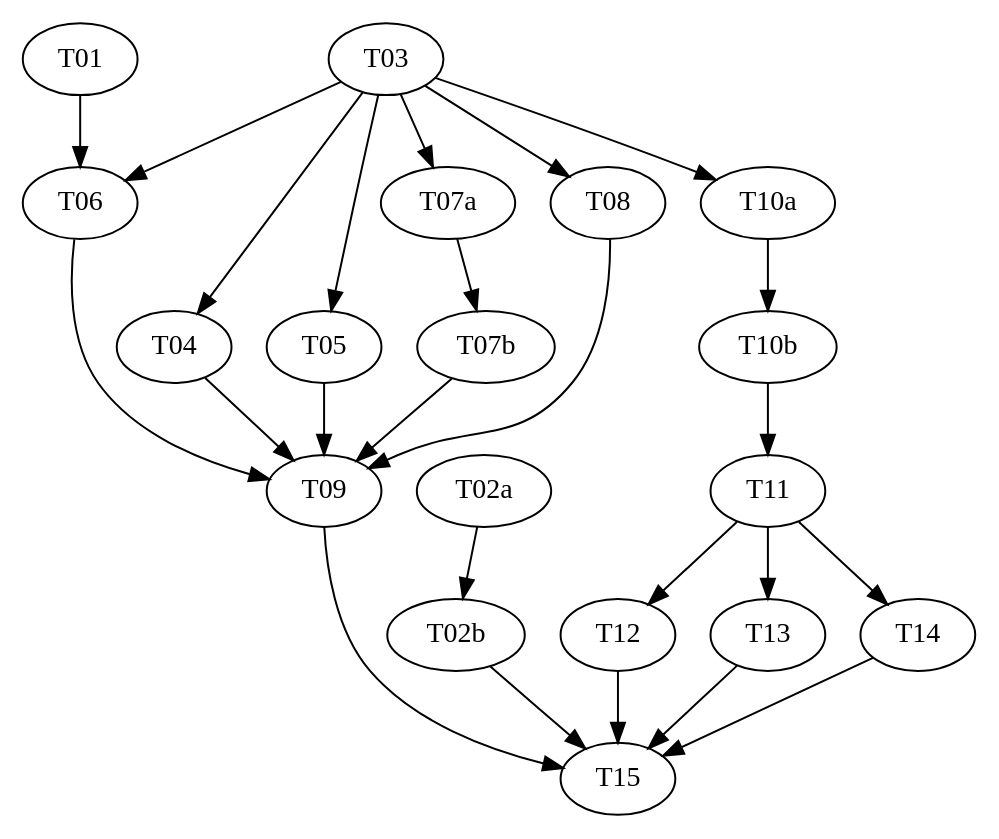
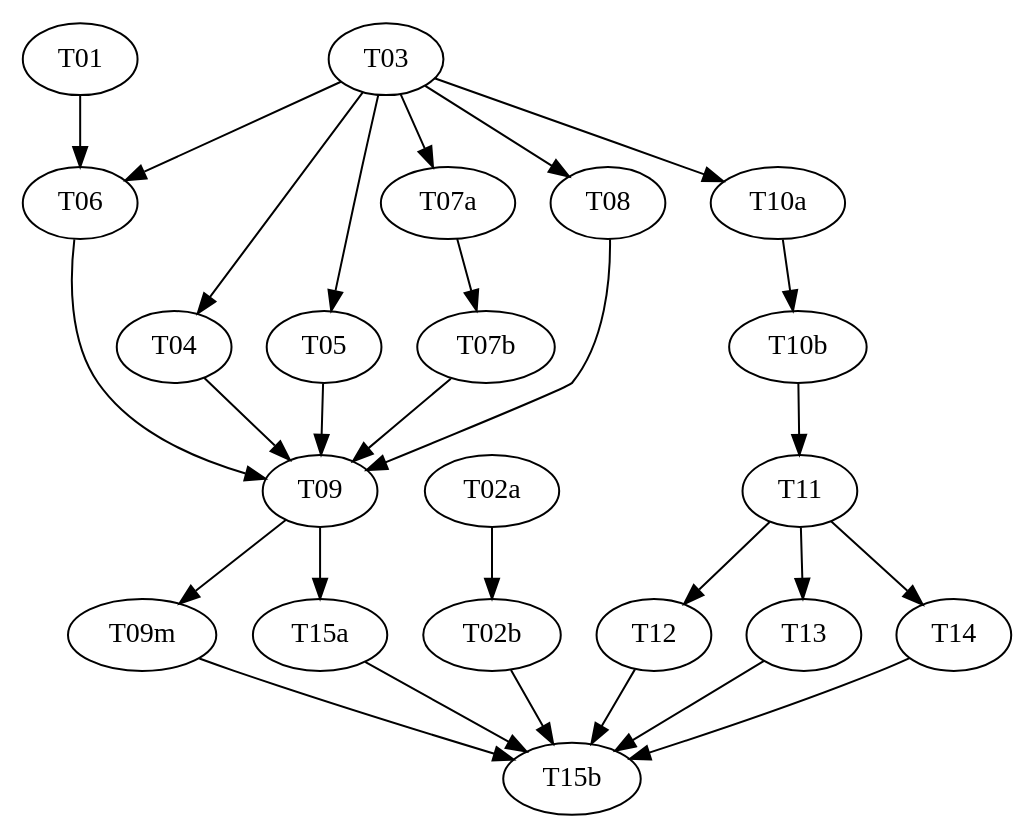
Before and after one commit to VanillaFairy/agentic-plugins: the diagram in docs/superpowers/plans/2026-09-27-agentics-viewer/plan.md, drawn with Graphviz. The commit also changed other lines of this file and 20 other files, not shown here.

````diff
--- a/docs/superpowers/plans/2026-09-27-agentics-viewer/plan.md
+++ b/docs/superpowers/plans/2026-09-27-agentics-viewer/plan.md
@@ -88,12 +90,13 @@
 ```dot
 digraph deps {
   T01 -> T06;
   T02a -> T02b;
   T03 -> T04; T03 -> T05; T03 -> T06; T03 -> T07a; T03 -> T08; T03 -> T10a;
   T07a -> T07b;
   T04 -> T09; T05 -> T09; T06 -> T09; T07b -> T09; T08 -> T09;
+  T09 -> T09m; T09 -> T15a;
   T10a -> T10b; T10b -> T11;
   T11 -> T12; T11 -> T13; T11 -> T14;
-  T02b -> T15; T09 -> T15; T12 -> T15; T13 -> T15; T14 -> T15;
+  T02b -> T15b; T09m -> T15b; T12 -> T15b; T13 -> T15b; T14 -> T15b; T15a -> T15b;
 }
 ```
````
